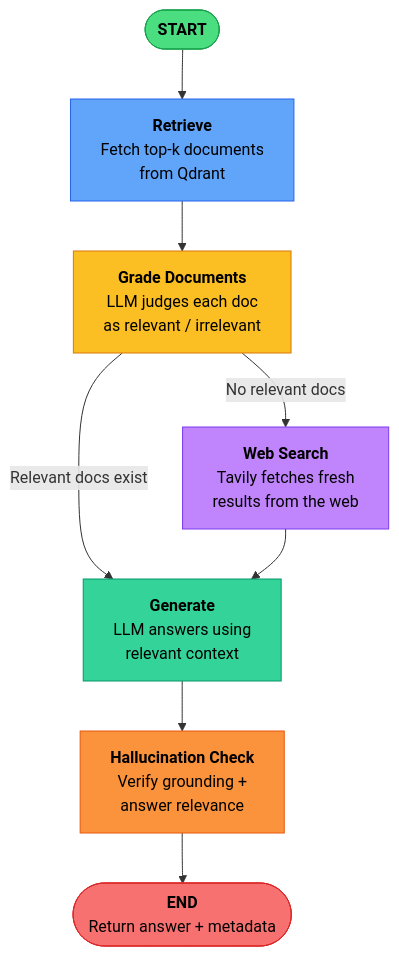
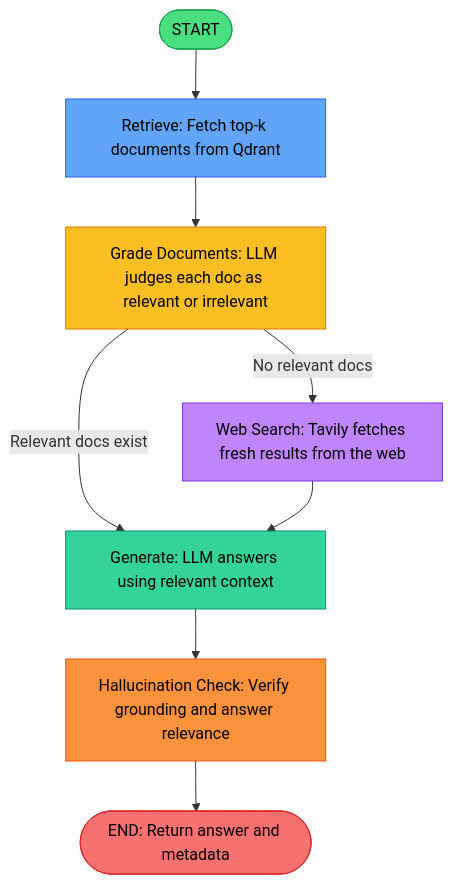
Before and after one commit to TkWarrior/Knowledge_Base: the diagram in README.md, drawn with Mermaid. The commit also changed other lines of this file, not shown here.

````diff
--- a/README.md
+++ b/README.md
@@ -83,35 +83,18 @@
 ```mermaid
 graph TD
-    A(["`**START**`"]) --> B["`**Retrieve**
-    Fetch top-k documents
-    from Qdrant`"]
-
-    B --> C["`**Grade Documents**
-    LLM judges each doc
-    as relevant / irrelevant`"]
-
-    C -->|Relevant docs exist| E["`**Generate**
-    LLM answers using
-    relevant context`"]
-
-    C -->|No relevant docs| D["`**Web Search**
-    Tavily fetches fresh
-    results from the web`"]
-
+    A(["START"]) --> B["Retrieve: Fetch top-k documents from Qdrant"]
+    B --> C["Grade Documents: LLM judges each doc as relevant or irrelevant"]
+    C -->|Relevant docs exist| E["Generate: LLM answers using relevant context"]
+    C -->|No relevant docs| D["Web Search: Tavily fetches fresh results from the web"]
     D --> E
-
-    E --> F["`**Hallucination Check**
-    Verify grounding +
-    answer relevance`"]
-
-    F --> G(["`**END**
-    Return answer + metadata`"])
+    E --> F["Hallucination Check: Verify grounding and answer relevance"]
+    F --> G(["END: Return answer and metadata"])
 
     style A fill:#4ade80,stroke:#16a34a,color:#000
     style G fill:#f87171,stroke:#dc2626,color:#000
     style B fill:#60a5fa,stroke:#2563eb,color:#000
     style C fill:#fbbf24,stroke:#d97706,color:#000
     style D fill:#c084fc,stroke:#7c3aed,color:#000
     style E fill:#34d399,stroke:#059669,color:#000
     style F fill:#fb923c,stroke:#ea580c,color:#000
 ```
````
